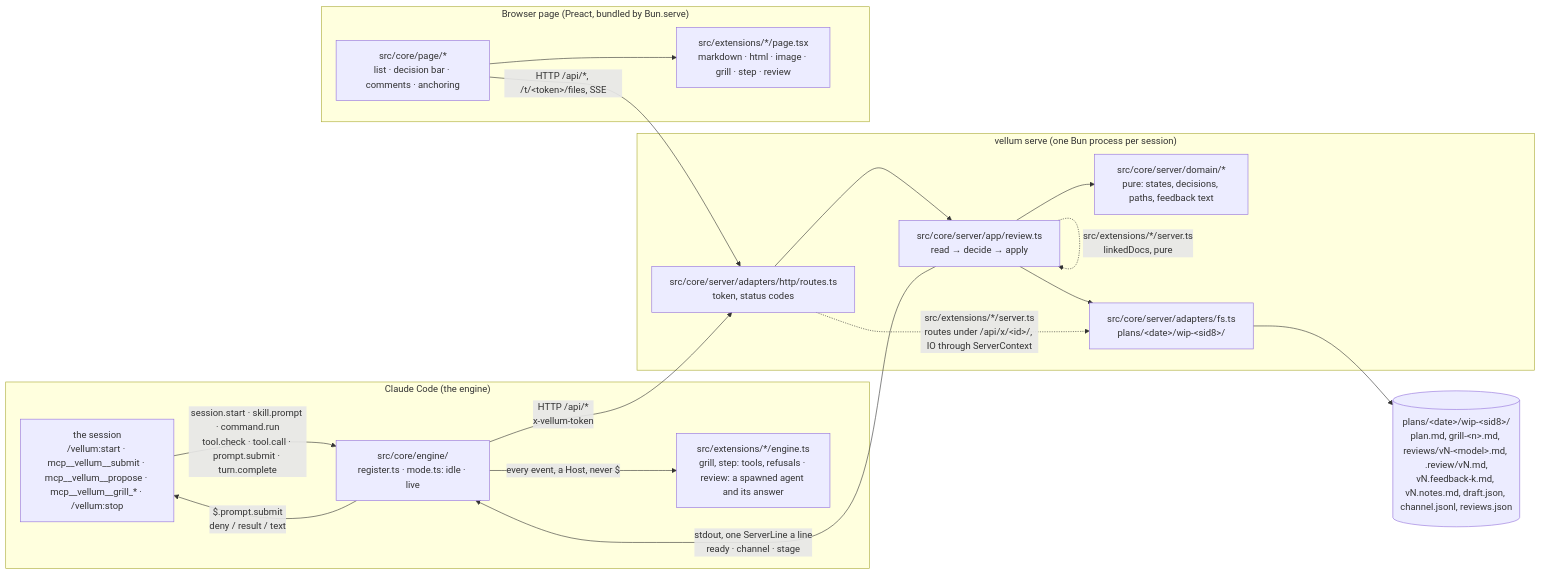
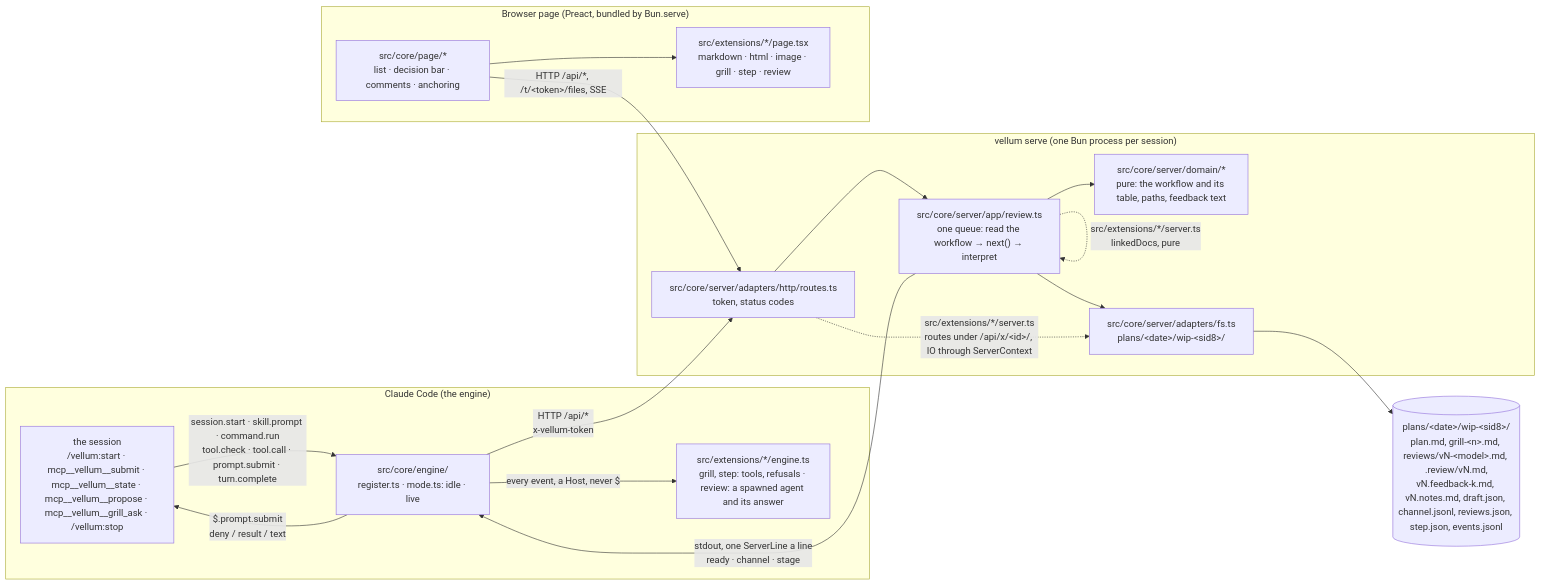
One commit to bengous/claude-code-plugins changed the first of 6 diagrams in vellum/docs/architecture.md. Above: the diagram before and after it, drawn with Mermaid. The commit also changed other lines of this file and 2 other files, not shown here.

````diff
--- a/vellum/docs/architecture.md
+++ b/vellum/docs/architecture.md
@@ -11,31 +11,31 @@
 ```mermaid
 flowchart LR
   subgraph engine["Claude Code (the engine)"]
-    CC["the session<br/>/vellum:start · mcp__vellum__submit · mcp__vellum__propose · mcp__vellum__grill_* · /vellum:stop"]
+    CC["the session<br/>/vellum:start · mcp__vellum__submit · mcp__vellum__state · mcp__vellum__propose · mcp__vellum__grill_ask · /vellum:stop"]
     M["src/core/engine/<br/>register.ts · mode.ts: idle · live"]
     E["src/extensions/*/engine.ts<br/>grill, step: tools, refusals · review: a spawned agent and its answer"]
     CC -- "session.start · skill.prompt · command.run<br/>tool.check · tool.call · prompt.submit · turn.complete" --> M
     M -- "$.prompt.submit<br/>deny / result / text" --> CC
     M -- "every event, a Host, never $" --> E
   end
   subgraph server["vellum serve (one Bun process per session)"]
     R["src/core/server/adapters/http/routes.ts<br/>token, status codes"]
-    A["src/core/server/app/review.ts<br/>read → decide → apply"]
-    T["src/core/server/domain/*<br/>pure: states, decisions, paths, feedback text"]
+    A["src/core/server/app/review.ts<br/>one queue: read the workflow → next() → interpret"]
+    T["src/core/server/domain/*<br/>pure: the workflow and its table, paths, feedback text"]
     W["src/core/server/adapters/fs.ts<br/>plans/&lt;date&gt;/wip-&lt;sid8&gt;/"]
     R --> A --> T
     A --> W
   end
   subgraph page["Browser page (Preact, bundled by Bun.serve)"]
     U["src/core/page/*<br/>list · decision bar · comments · anchoring"]
     P["src/extensions/*/page.tsx<br/>markdown · html · image · grill · step · review"]
     U --> P
   end
   M -- "HTTP /api/*<br/>x-vellum-token" --> R
   A -- "stdout, one ServerLine a line<br/>ready · channel · stage" --> M
   U -- "HTTP /api/*, /t/&lt;token&gt;/files, SSE" --> R
   A -. "src/extensions/*/server.ts<br/>linkedDocs, pure" .-> A
   R -. "src/extensions/*/server.ts<br/>routes under /api/x/&lt;id&gt;/, IO through ServerContext" .-> W
-  F[("plans/&lt;date&gt;/wip-&lt;sid8&gt;/<br/>plan.md, grill-&lt;n&gt;.md, reviews/vN-&lt;model&gt;.md, .review/vN.md,<br/>vN.feedback-k.md, vN.notes.md, draft.json, channel.jsonl, reviews.json")]
+  F[("plans/&lt;date&gt;/wip-&lt;sid8&gt;/<br/>plan.md, grill-&lt;n&gt;.md, reviews/vN-&lt;model&gt;.md, .review/vN.md,<br/>vN.feedback-k.md, vN.notes.md, draft.json, channel.jsonl, reviews.json, step.json, events.jsonl")]
   W --> F
 ```
````
